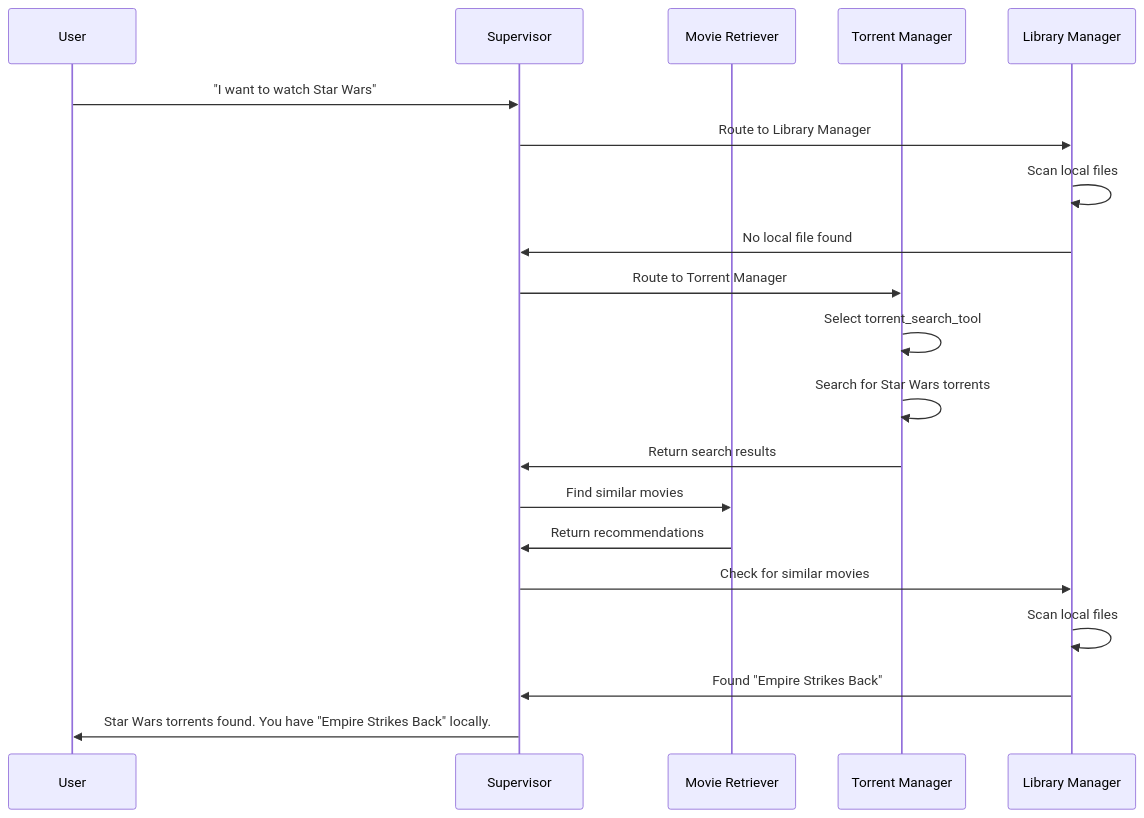
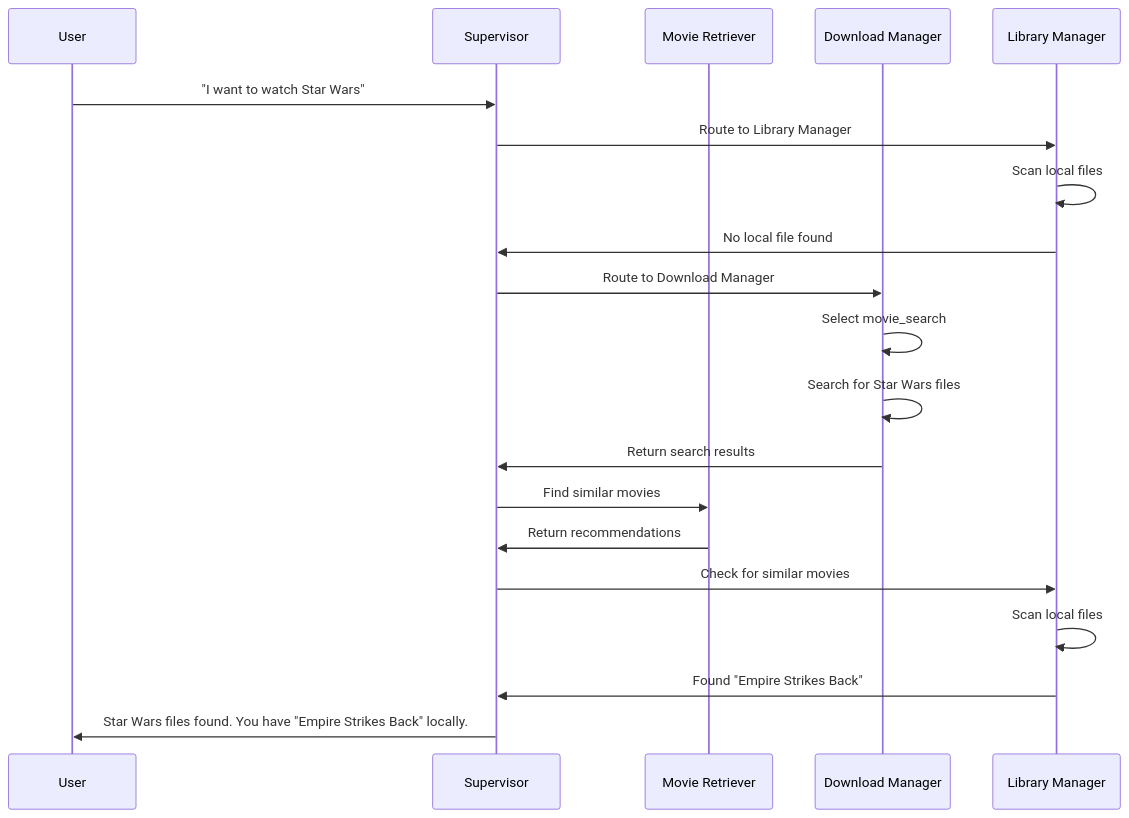
The fourth of 4 diagrams in README.md (elisarchod/turtle_app), drawn with Mermaid before and after one commit. The commit also changed other lines of this file and 24 other files, not shown here.

````diff
--- a/README.md
+++ b/README.md
@@ -185,22 +218,22 @@
 ```mermaid
 sequenceDiagram
   participant U as User
   participant S as Supervisor
   participant MR as Movie Retriever
-  participant TM as Torrent Manager
+  participant DM as Download Manager
   participant LM as Library Manager
   U ->> S: "I want to watch Star Wars"
   S ->> LM: Route to Library Manager
   LM ->> LM: Scan local files
   LM ->> S: No local file found
-  S ->> TM: Route to Torrent Manager
-  TM ->> TM: Select torrent_search_tool
-  TM ->> TM: Search for Star Wars torrents
-  TM ->> S: Return search results
+  S ->> DM: Route to Download Manager
+  DM ->> DM: Select movie_search
+  DM ->> DM: Search for Star Wars files
+  DM ->> S: Return search results
   S ->> MR: Find similar movies
   MR ->> S: Return recommendations
   S ->> LM: Check for similar movies
   LM ->> LM: Scan local files
   LM ->> S: Found "Empire Strikes Back"
-  S ->> U: Star Wars torrents found. You have "Empire Strikes Back" locally.
+  S ->> U: Star Wars files found. You have "Empire Strikes Back" locally.
 ```
````
